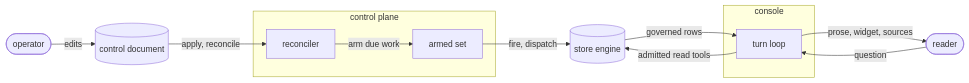
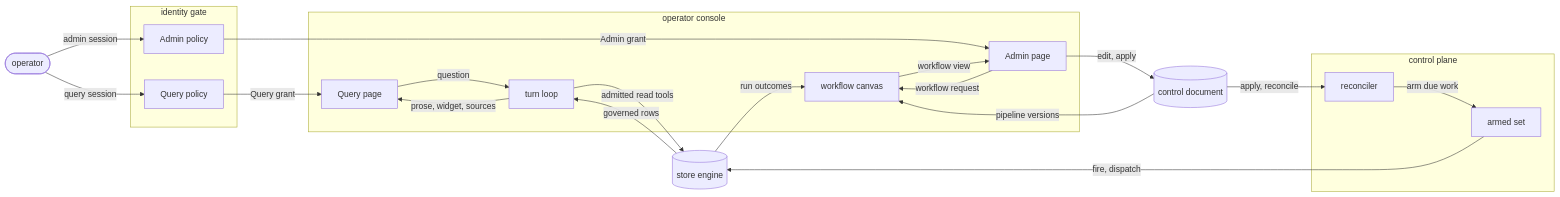
One commit to fractalboxdev/contextful changed the diagram in spec/guide/surface.md. Above: the diagram before and after it, drawn with Mermaid. The commit also changed other lines of this file and 11 other files, not shown here.

Commit message:
spec(surface): define operator console pages and access gates

````diff
--- a/spec/guide/surface.md
+++ b/spec/guide/surface.md
@@ -16,18 +17,34 @@
 ```mermaid
 flowchart LR
-  OP(["operator"]) -->|"edits"| DOC[("control document")]
+  OP(["operator"])
+  subgraph access["identity gate"]
+    QG["Query policy"]
+    AG["Admin policy"]
+  end
+  subgraph console["operator console"]
+    QP["Query page"]
+    AP["Admin page"]
+    TURN["turn loop"]
+    CANVAS["workflow canvas"]
+  end
+  OP -->|"query session"| QG
+  OP -->|"admin session"| AG
+  QG -->|"Query grant"| QP
+  AG -->|"Admin grant"| AP
+  QP -->|"question"| TURN
+  AP -->|"edit, apply"| DOC[("control document")]
+  AP -->|"workflow request"| CANVAS
   subgraph plane["control plane"]
     REC["reconciler"]
     ARM["armed set"]
   end
   DOC -->|"apply, reconcile"| REC
+  DOC -->|"pipeline versions"| CANVAS
   REC -->|"arm due work"| ARM
   ARM -->|"fire, dispatch"| STORE[("store engine")]
-  subgraph console["console"]
-    TURN["turn loop"]
-  end
-  RD(["reader"]) -->|"question"| TURN
   TURN -->|"admitted read tools"| STORE
   STORE -->|"governed rows"| TURN
-  TURN -->|"prose, widget, sources"| RD
+  STORE -->|"run outcomes"| CANVAS
+  TURN -->|"prose, widget, sources"| QP
+  CANVAS -->|"workflow view"| AP
 ```
````
